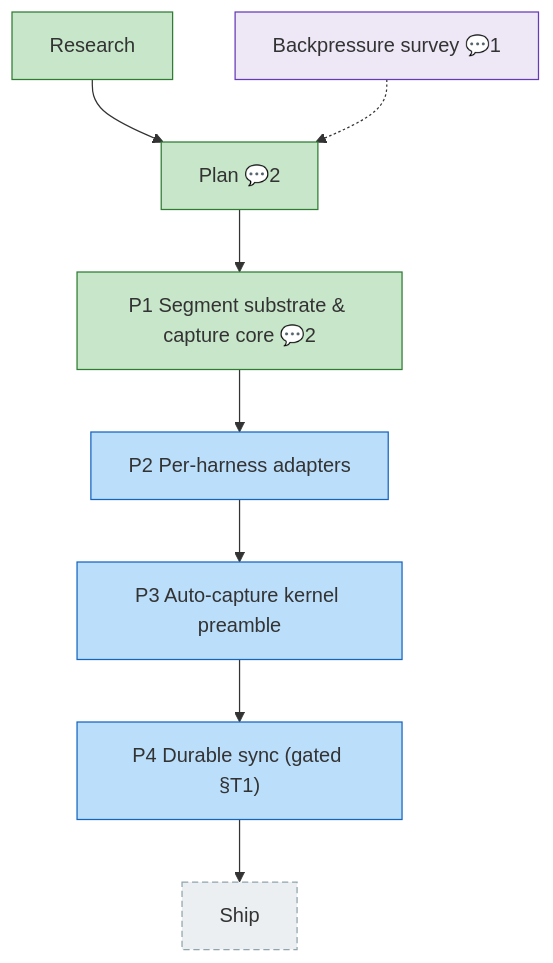
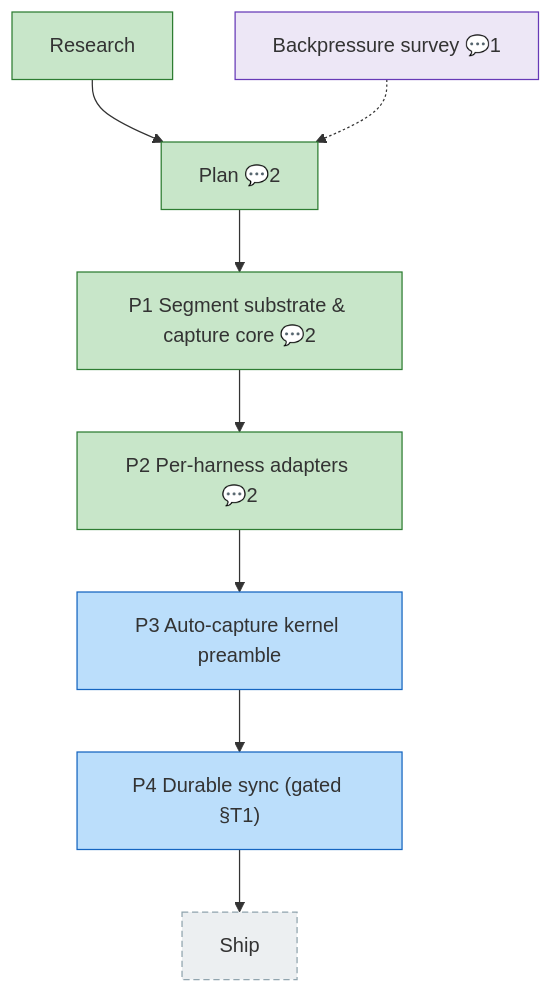
The diagram in docs/plans/034-harness-telemetry-collection/the-flow.md (AI-Substrate/harness-engineering), drawn with Mermaid before and after one commit. The commit also changed other lines of this file and 1 other file, not shown here.

Commit message:
chore(034): flight plan — Phase 2 done, advance to Phase 3

````diff
--- a/docs/plans/034-harness-telemetry-collection/the-flow.md
+++ b/docs/plans/034-harness-telemetry-collection/the-flow.md
@@ -8,33 +8,33 @@
 ```mermaid
 flowchart TD
     ship["Ship"]:::assumed
     plan["Plan 💬2"]:::done
     research["Research"]:::done
     phase_1["P1 Segment substrate & capture core 💬2"]:::done
-    phase_2["P2 Per-harness adapters"]:::known
+    phase_2["P2 Per-harness adapters 💬2"]:::done
     phase_3["P3 Auto-capture kernel preamble"]:::known
     phase_4["P4 Durable sync (gated §T1)"]:::known
 
     plan --> phase_1
     research --> plan
     phase_1 --> phase_2
     phase_2 --> phase_3
     phase_3 --> phase_4
     phase_4 --> ship
 
     backpressure["Backpressure survey 💬1"]:::harness
     backpressure -.-> plan
 
     classDef done fill:#C8E6C9,stroke:#2E7D32;
     classDef wip fill:#FFE0B2,stroke:#EF6C00;
     classDef blocked fill:#FFCDD2,stroke:#C62828;
     classDef known fill:#BBDEFB,stroke:#1565C0;
     classDef assumed fill:#ECEFF1,stroke:#90A4AE,stroke-dasharray:5 3;
     classDef said fill:#FFF9C4,stroke:#F9A825;
     classDef harness fill:#EDE7F6,stroke:#673AB7;
     classDef decision fill:#FFF3E0,stroke:#FB8C00,stroke-dasharray:2 2;
     classDef companion fill:#D1C4E9,stroke:#5E35B1;
     classDef worker fill:#B2DFDB,stroke:#00897B;
     classDef chore fill:#E0F2F1,stroke:#00897B,stroke-dasharray:3 2;
     classDef unknown fill:#FAFAFA,stroke:#BDBDBD,stroke-dasharray:1 4;
 ```
````
